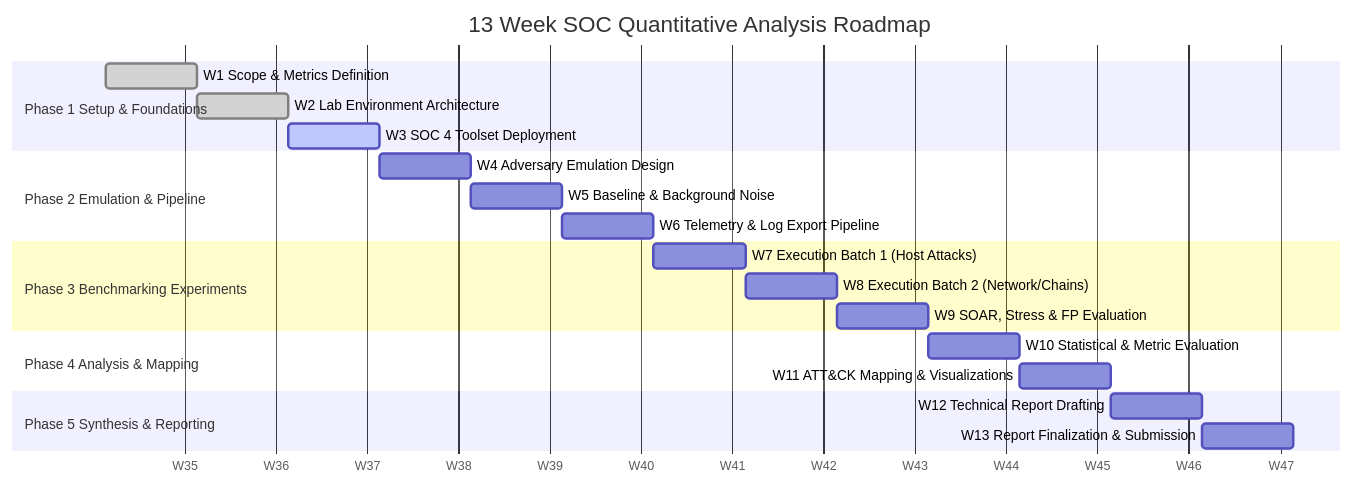
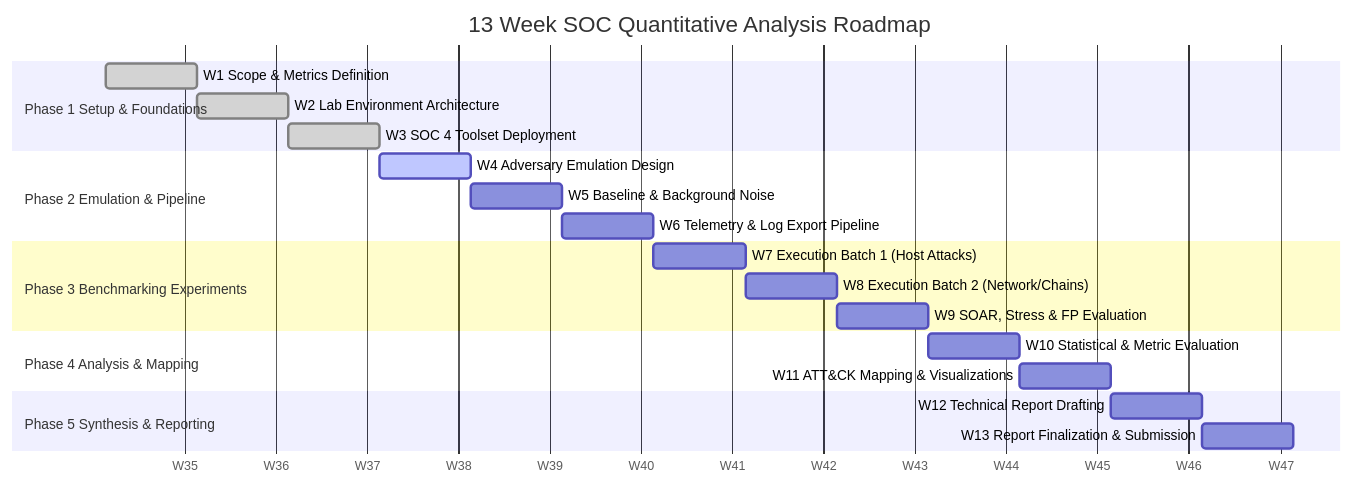
Before and after one commit to PinacJoshi/Quantative-Analysis-of-SOC-Toolsets: the diagram in README.md, drawn with Mermaid.

````diff
--- a/README.md
+++ b/README.md
@@ -43,29 +43,29 @@
 ```mermaid
 gantt
     title 13 Week SOC Quantitative Analysis Roadmap
     dateFormat YYYY-MM-DD
     axisFormat W%W
     
     section Phase 1 Setup & Foundations
     W1 Scope & Metrics Definition         :done, w1, 2026-08-31, 7d
     W2 Lab Environment Architecture       :done, w2, after w1, 7d
-    W3 SOC 4 Toolset Deployment           :active, w3, after w2, 7d
+    W3 SOC 4 Toolset Deployment           :done, w3, after w2, 7d
 
     section Phase 2 Emulation & Pipeline
-    W4 Adversary Emulation Design         :w4, after w3, 7d
+    W4 Adversary Emulation Design         :active, w4, after w3, 7d
     W5 Baseline & Background Noise        :w5, after w4, 7d
     W6 Telemetry & Log Export Pipeline    :w6, after w5, 7d
 
     section Phase 3 Benchmarking Experiments
     W7 Execution Batch 1 (Host Attacks)   :w7, after w6, 7d
     W8 Execution Batch 2 (Network/Chains) :w8, after w7, 7d
     W9 SOAR, Stress & FP Evaluation       :w9, after w8, 7d
 
     section Phase 4 Analysis & Mapping
     W10 Statistical & Metric Evaluation   :w10, after w9, 7d
     W11 ATT&CK Mapping & Visualizations   :w11, after w10, 7d
 
     section Phase 5 Synthesis & Reporting
     W12 Technical Report Drafting         :w12, after w11, 7d
     W13 Report Finalization & Submission  :w13, after w12, 7d
 ```
````
